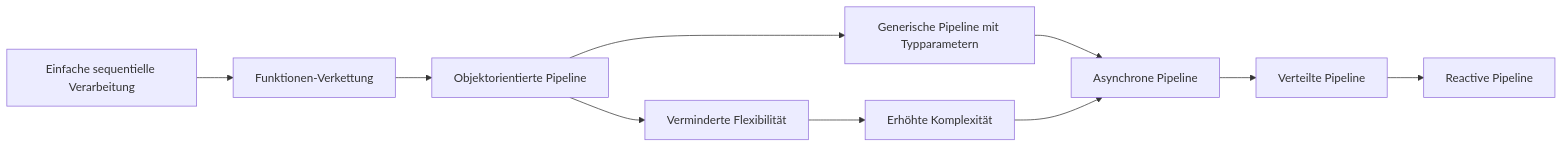
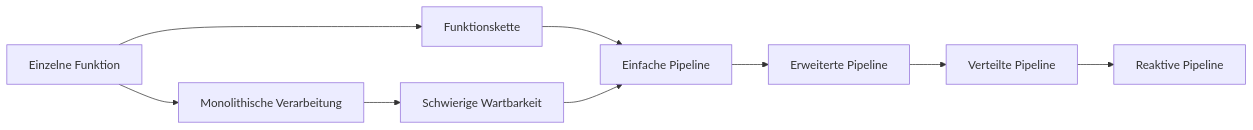
Before and after one commit to scimbe/VS_Pattern_By_KI: the ninth of 13 diagrams in Pipeline/docs/PATTERNS_COMPARISON.md, drawn with Mermaid. The commit also changed other lines of this file and 19 other files, not shown here.

````diff
--- a/Pipeline/docs/PATTERNS_COMPARISON.md
+++ b/Pipeline/docs/PATTERNS_COMPARISON.md
@@ -171,13 +172,12 @@
 ```mermaid
 graph LR
-    A[Einfache sequentielle Verarbeitung] --> B[Funktionen-Verkettung]
-    B --> C[Objektorientierte Pipeline]
-    C --> D[Generische Pipeline mit Typparametern]
-    D --> E[Asynchrone Pipeline]
-    E --> F[Verteilte Pipeline]
-    F --> G[Reactive Pipeline]
+    A[Einzelne Funktion] --> B[Funktionskette]
+    B --> C[Einfache Pipeline]
+    C --> D[Erweiterte Pipeline]
+    D --> E[Verteilte Pipeline]
+    E --> F[Reaktive Pipeline]
     
-    C --> H[Verminderte Flexibilität]
-    H --> I[Erhöhte Komplexität]
-    I --> E
+    A --> G[Monolithische Verarbeitung]
+    G --> H[Schwierige Wartbarkeit]
+    H --> C
 ```
````
